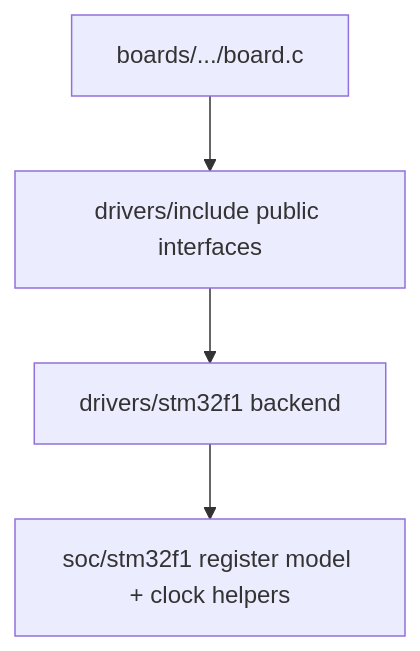
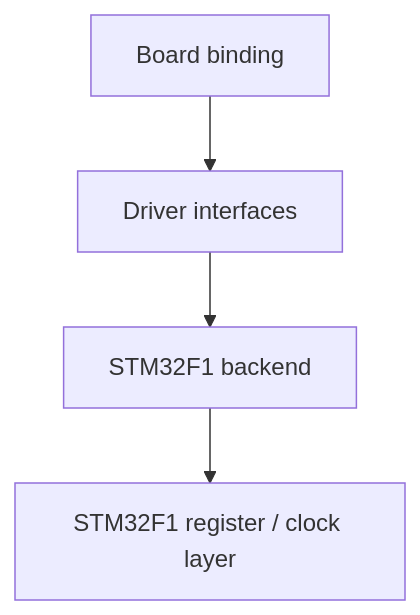
The diagram in drivers/README.md (haikevins/hairtos), drawn with Mermaid before and after one commit. The commit also changed 82 other files, not shown here.

````diff
--- a/drivers/README.md
+++ b/drivers/README.md
@@ -20,6 +20,6 @@
 ```mermaid
-flowchart TD
-    BOARD["boards/.../board.c"] --> IF["drivers/include public interfaces"]
-    IF --> STM["drivers/stm32f1 backend"]
-    STM --> REG["soc/stm32f1 register model + clock helpers"]
+flowchart TB
+    BOARD["Board binding"] --> IF["Driver interfaces"]
+    IF --> STM["STM32F1 backend"]
+    STM --> REG["STM32F1 register / clock layer"]
 ```
````
